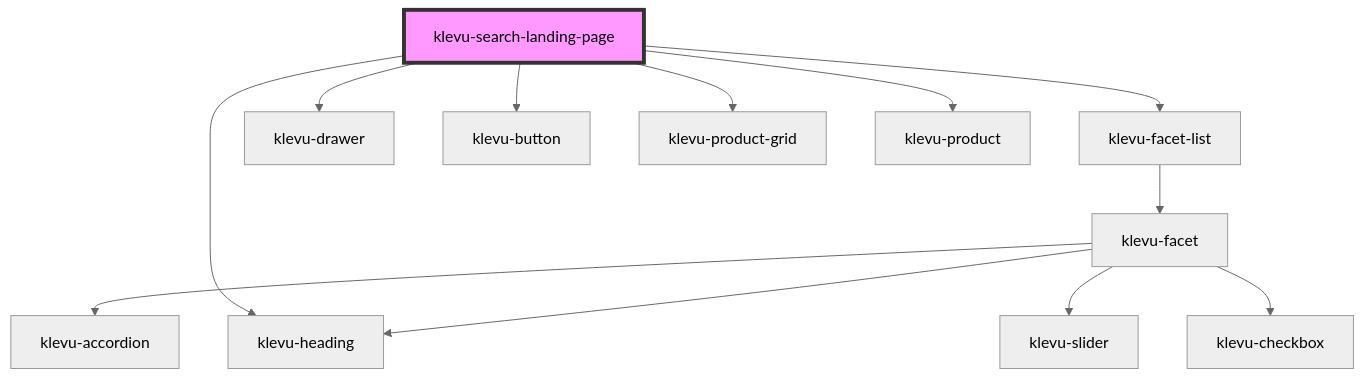
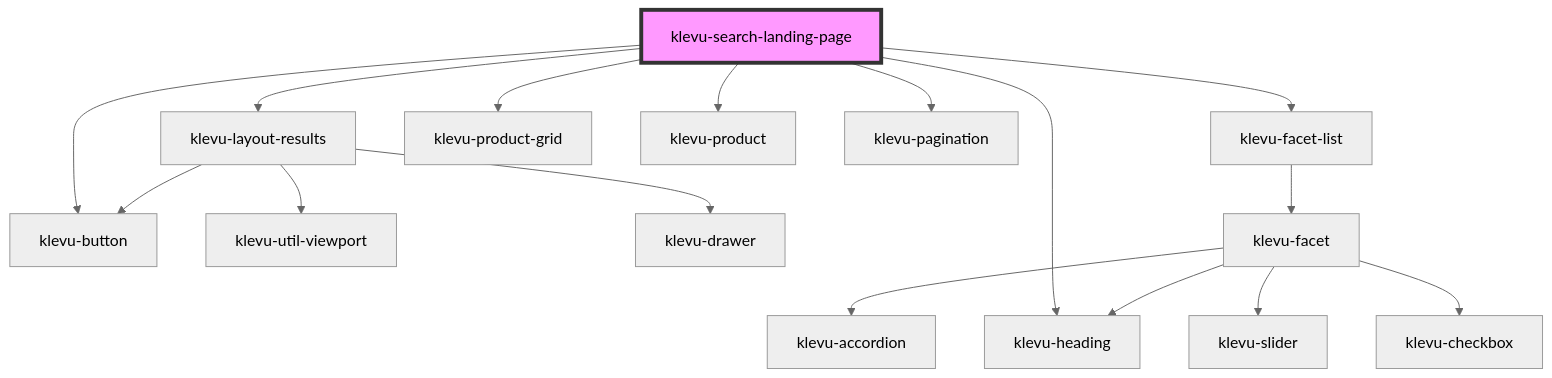
One commit to klevultd/frontend-sdk changed the diagram in packages/klevu-ui/src/components/klevu-search-landing-page/readme.md. Above: the diagram before and after it, drawn with Mermaid (neutral theme). The commit also changed other lines of this file and 28 other files, not shown here.

````diff
--- a/packages/klevu-ui/src/components/klevu-search-landing-page/readme.md
+++ b/packages/klevu-ui/src/components/klevu-search-landing-page/readme.md
@@ -30,15 +32,19 @@
 ```mermaid
 graph TD;
+  klevu-search-landing-page --> klevu-layout-results
   klevu-search-landing-page --> klevu-facet-list
   klevu-search-landing-page --> klevu-heading
-  klevu-search-landing-page --> klevu-drawer
-  klevu-search-landing-page --> klevu-button
   klevu-search-landing-page --> klevu-product-grid
   klevu-search-landing-page --> klevu-product
+  klevu-search-landing-page --> klevu-pagination
+  klevu-search-landing-page --> klevu-button
+  klevu-layout-results --> klevu-util-viewport
+  klevu-layout-results --> klevu-drawer
+  klevu-layout-results --> klevu-button
   klevu-facet-list --> klevu-facet
   klevu-facet --> klevu-accordion
   klevu-facet --> klevu-heading
   klevu-facet --> klevu-slider
   klevu-facet --> klevu-checkbox
   style klevu-search-landing-page fill:#f9f,stroke:#333,stroke-width:4px
 ```
````
